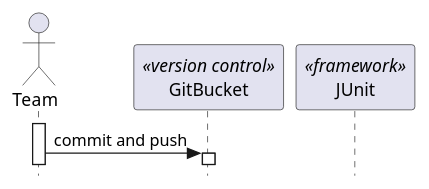
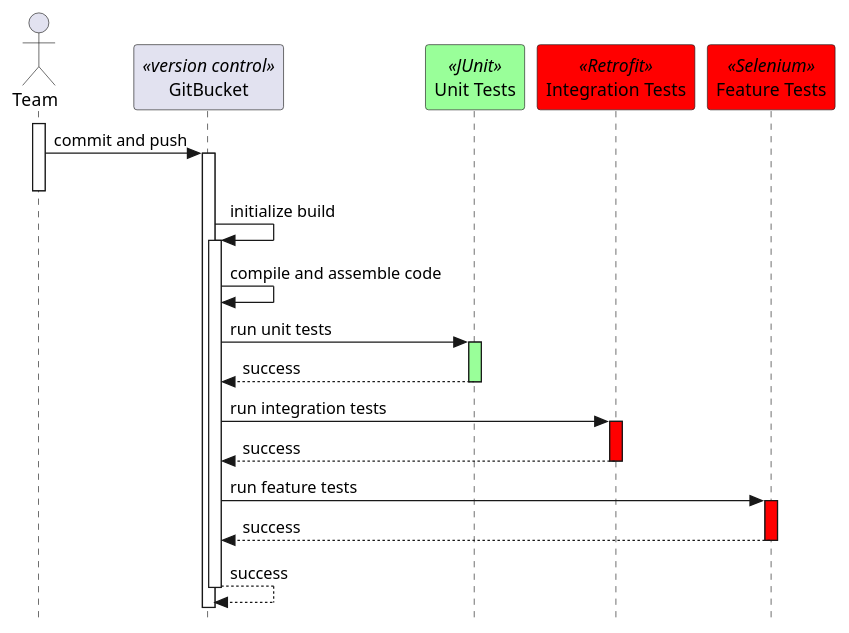
One commit to 62firelight/SubTrack changed the diagram in diagrams/automatedTestingSequenceDiagram.puml. Above: the diagram before and after it, drawn with PlantUML.

Commit message:
Added bulk of diagram
References #32.

```diff
--- a/diagrams/automatedTestingSequenceDiagram.puml
+++ b/diagrams/automatedTestingSequenceDiagram.puml
@@ -1,11 +1,28 @@
 @startuml
 skinparam style strictuml
 
 actor "Team" as team 
 participant "GitBucket" as git <<version control>>
-participant "JUnit" as junit <<framework>>
+participant "Unit Tests" as unit <<JUnit>> #99FF99
+participant "Integration Tests" as integration <<Retrofit>> #red
+participant "Feature Tests" as feature <<Selenium>> #red
 
 team++
 team -> git++ : commit and push
+team--
+git -> git++ : initialize build
+
+git -> git : compile and assemble code
+
+git -> unit++ #99FF99: run unit tests
+return success
+
+git -> integration++ #red : run integration tests
+return success
+
+git -> feature++ #red : run feature tests
+return success
+
+return success
 
 @enduml
```
